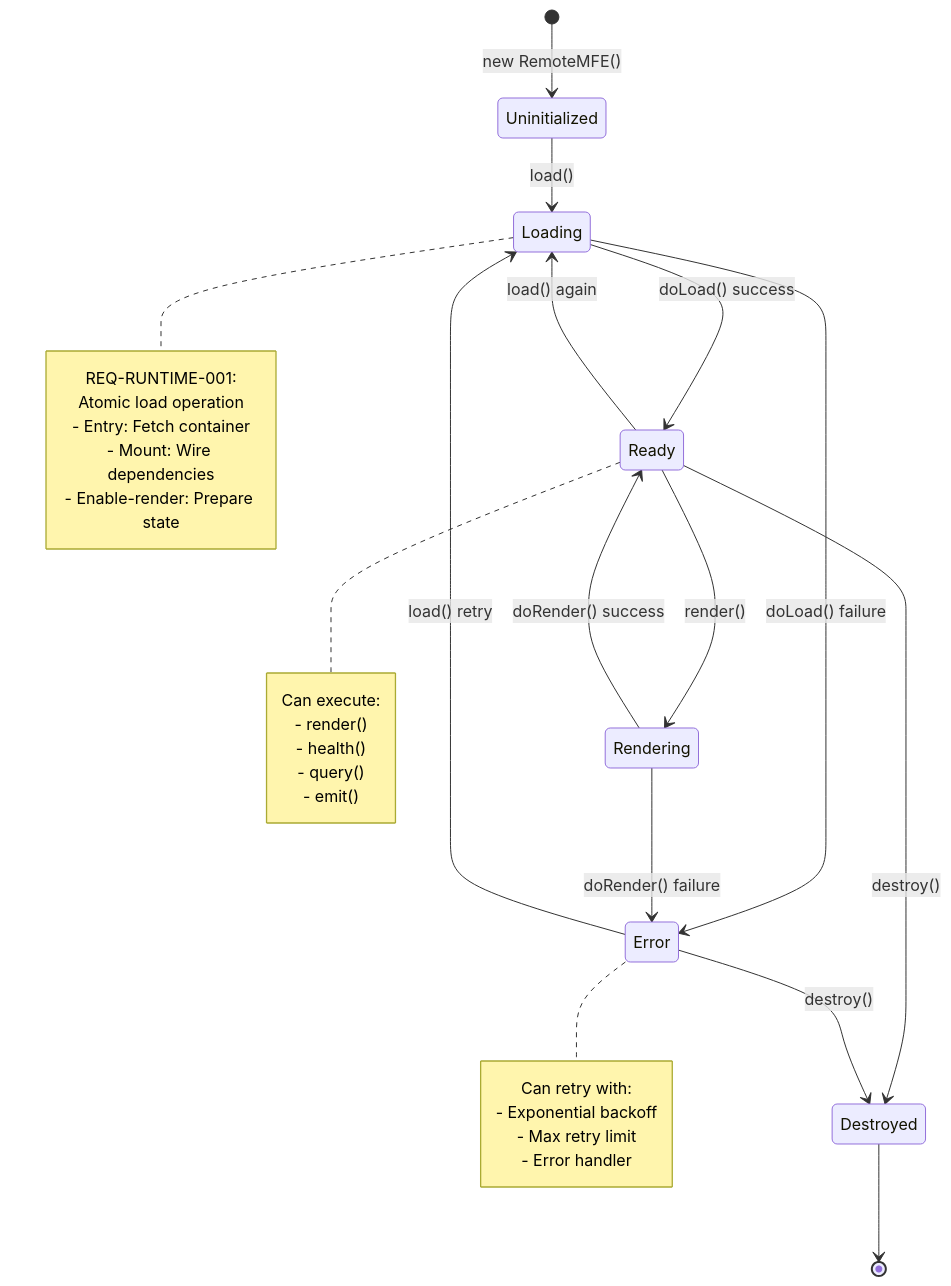
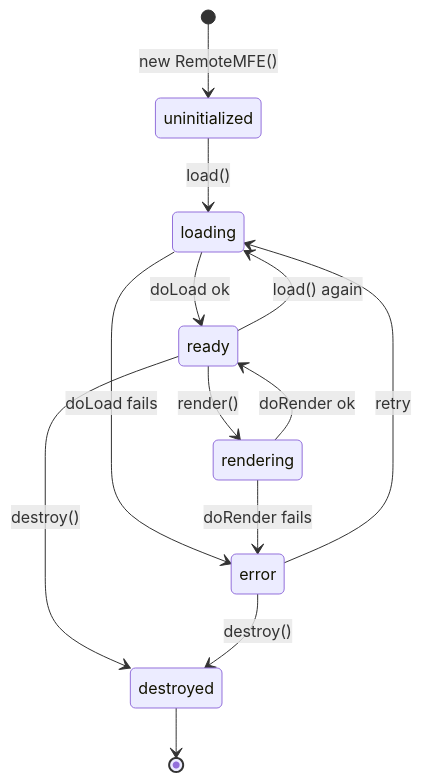
One commit to falese/seans-mfe-tool changed the second of 4 diagrams in docs/architecture-runtime-platform.md. Above: the diagram before and after it, drawn with Mermaid. The commit also changed other lines of this file, not shown here.

````diff
--- a/docs/architecture-runtime-platform.md
+++ b/docs/architecture-runtime-platform.md
@@ -365,44 +118,15 @@
 ```mermaid
 stateDiagram-v2
-    [*] --> Uninitialized: new RemoteMFE()
-
-    Uninitialized --> Loading: load()
-
-    Loading --> Ready: doLoad() success
-    Loading --> Error: doLoad() failure
-
-    Ready --> Rendering: render()
-    Ready --> Loading: load() again
-    Ready --> Destroyed: destroy()
-
-    Rendering --> Ready: doRender() success
-    Rendering --> Error: doRender() failure
-
-    Error --> Loading: load() retry
-    Error --> Destroyed: destroy()
-
-    Destroyed --> [*]
-
-    note right of Loading
-        REQ-RUNTIME-001:
-        Atomic load operation
-        - Entry: Fetch container
-        - Mount: Wire dependencies
-        - Enable-render: Prepare state
-    end note
-
-    note right of Ready
-        Can execute:
-        - render()
-        - health()
-        - query()
-        - emit()
-    end note
-
-    note right of Error
-        Can retry with:
-        - Exponential backoff
-        - Max retry limit
-        - Error handler
-    end note
+    [*] --> uninitialized: new RemoteMFE()
+    uninitialized --> loading: load()
+    loading --> ready: doLoad ok
+    loading --> error: doLoad fails
+    ready --> rendering: render()
+    ready --> loading: load() again
+    ready --> destroyed: destroy()
+    rendering --> ready: doRender ok
+    rendering --> error: doRender fails
+    error --> loading: retry
+    error --> destroyed: destroy()
+    destroyed --> [*]
 ```
````
